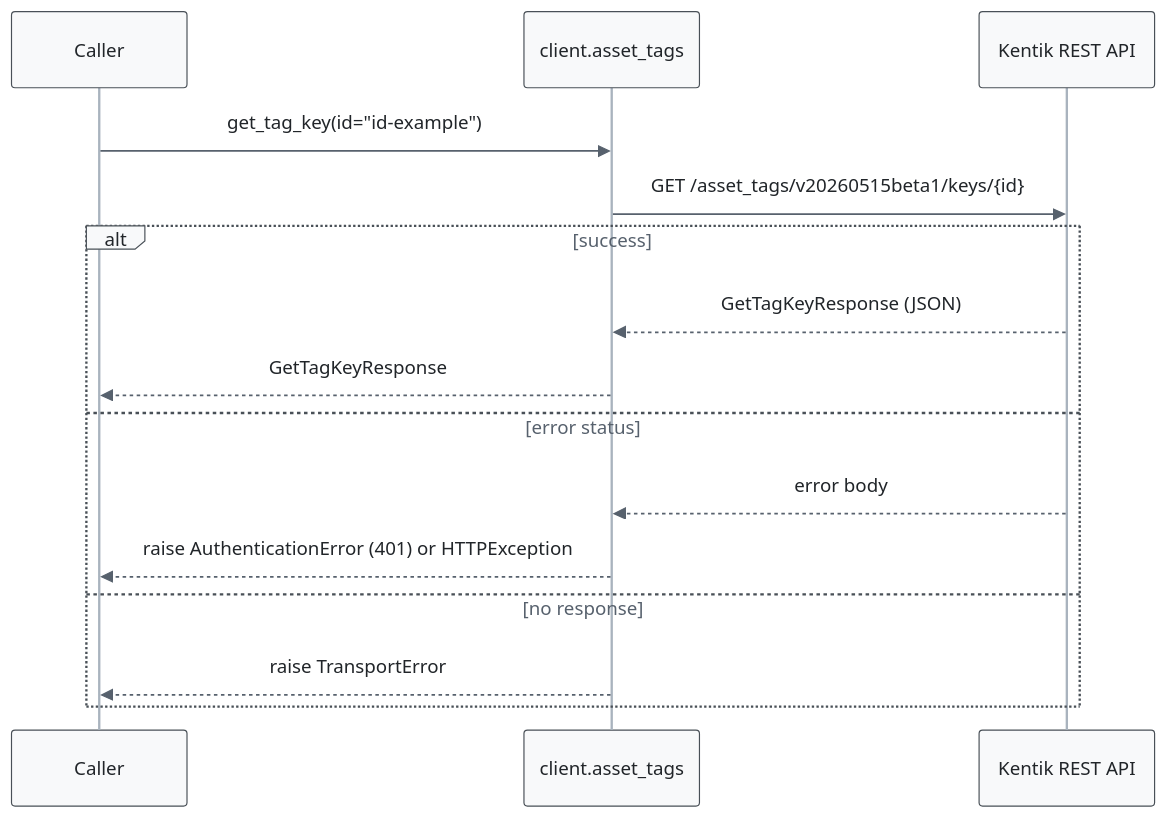
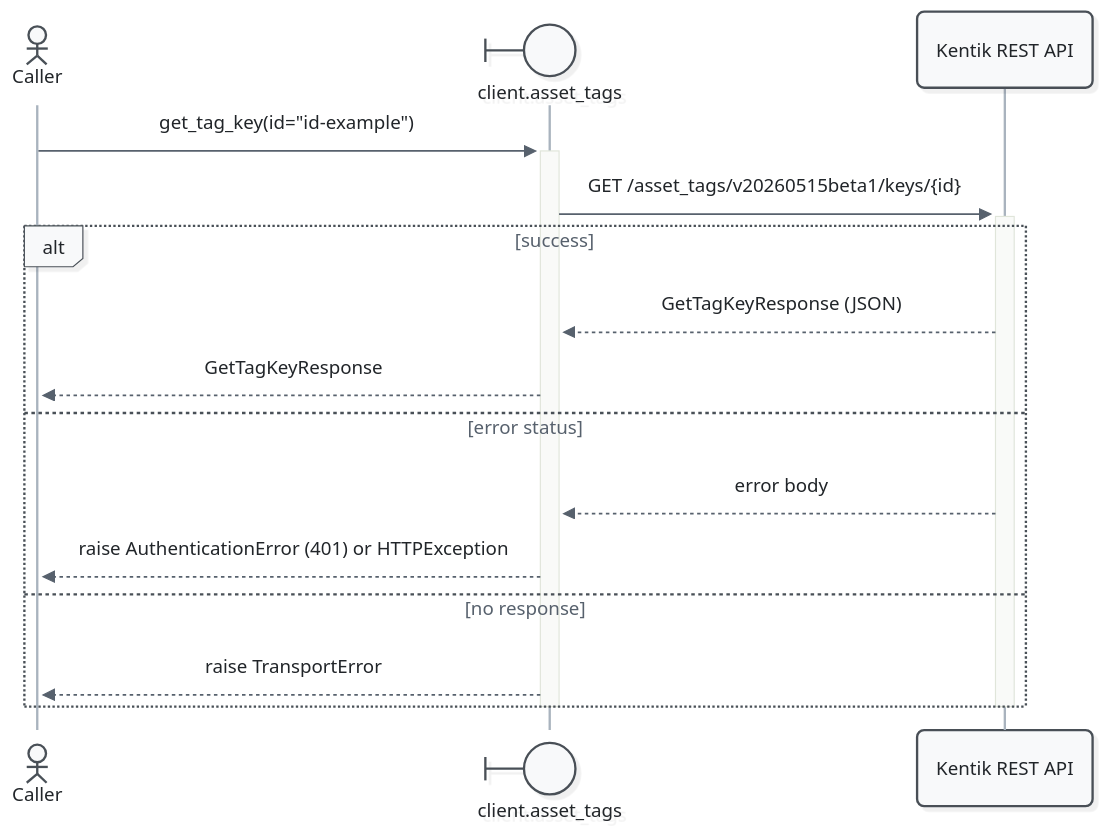
Before and after one commit to alexdearaujo/community_sdk_python: the seventh of 19 diagrams in docs/sphinx/services/asset_tags.md, drawn with Mermaid. The commit also changed other lines of this file and 52 other files, not shown here.

First line of the commit message:
docs: Mermaid 12 sequence diagrams with participant types and path colors

````diff
--- a/docs/sphinx/services/asset_tags.md
+++ b/docs/sphinx/services/asset_tags.md
@@ -262,19 +277,21 @@
 ```mermaid
-%%{init: {"theme": "base", "fontFamily": "ui-monospace, SFMono-Regular, Menlo, monospace", "themeVariables": {"fontFamily": "ui-monospace, SFMono-Regular, Menlo, monospace", "primaryColor": "#f8f9fa", "primaryBorderColor": "#495057", "primaryTextColor": "#212529", "textColor": "#212529", "lineColor": "#77818c", "edgeLabelBackground": "#ffffff", "actorBkg": "#f8f9fa", "actorBorder": "#495057", "actorTextColor": "#212529", "actorLineColor": "#a9b3be", "signalColor": "#57616d", "signalTextColor": "#212529", "labelBoxBkgColor": "#f8f9fa", "labelBoxBorderColor": "#495057", "labelTextColor": "#212529", "loopTextColor": "#57616d", "noteBkgColor": "#fff9db", "noteBorderColor": "#f08c00", "noteTextColor": "#a35a00"}, "flowchart": {"curve": "step", "nodeSpacing": 30, "rankSpacing": 70, "wrappingWidth": 400}}}%%
+%%{init: {"theme": "redux", "look": "neo", "layout": "dagre", "fontFamily": "ui-monospace, SFMono-Regular, Menlo, monospace", "themeVariables": {"fontFamily": "ui-monospace, SFMono-Regular, Menlo, monospace", "primaryColor": "#f8f9fa", "primaryBorderColor": "#495057", "primaryTextColor": "#212529", "textColor": "#212529", "lineColor": "#77818c", "edgeLabelBackground": "#ffffff", "actorBkg": "#f8f9fa", "actorBorder": "#495057", "actorTextColor": "#212529", "actorLineColor": "#a9b3be", "signalColor": "#57616d", "signalTextColor": "#212529", "labelBoxBkgColor": "#f8f9fa", "labelBoxBorderColor": "#495057", "labelTextColor": "#212529", "loopTextColor": "#57616d", "noteBkgColor": "#fff9db", "noteBorderColor": "#f08c00", "noteTextColor": "#a35a00"}, "sequence": {"activationWidth": 16}, "flowchart": {"curve": "step", "nodeSpacing": 30, "rankSpacing": 70, "wrappingWidth": 400}}}%%
 sequenceDiagram
-    participant C as Caller
-    participant W as client.asset_tags
+    actor C as Caller
+    participant W@{ "type": "boundary" } as client.asset_tags
     participant API as Kentik REST API
 
-    C->>W: get_tag_key(id="id-example")
-    W->>API: GET /asset_tags/v20260515beta1/keys/{id}
+    C->>+W: get_tag_key(id="id-example")
+    W->>+API: GET /asset_tags/v20260515beta1/keys/{id}
     alt success
         API-->>W: GetTagKeyResponse (JSON)
         W-->>C: GetTagKeyResponse
     else error status
         API-->>W: error body
         W-->>C: raise AuthenticationError (401) or HTTPException
     else no response
         W-->>C: raise TransportError
     end
+    deactivate API
+    deactivate W
 ```
````
